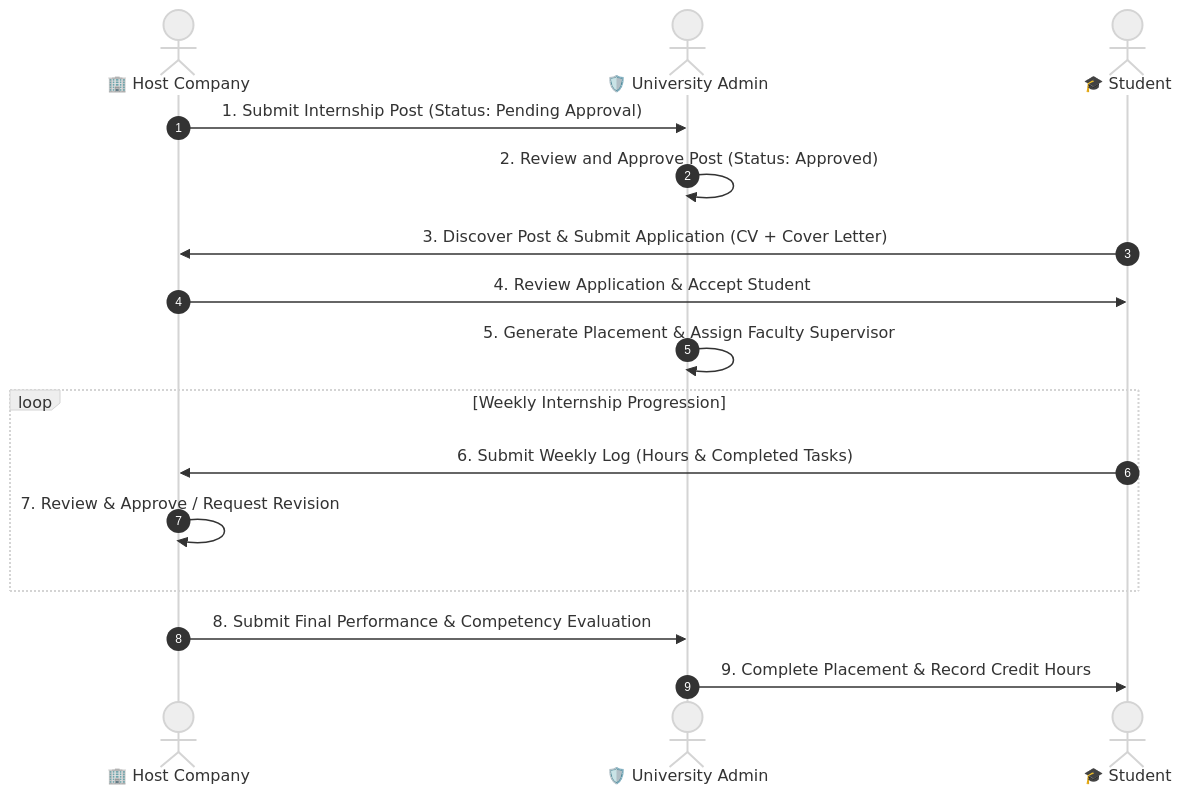
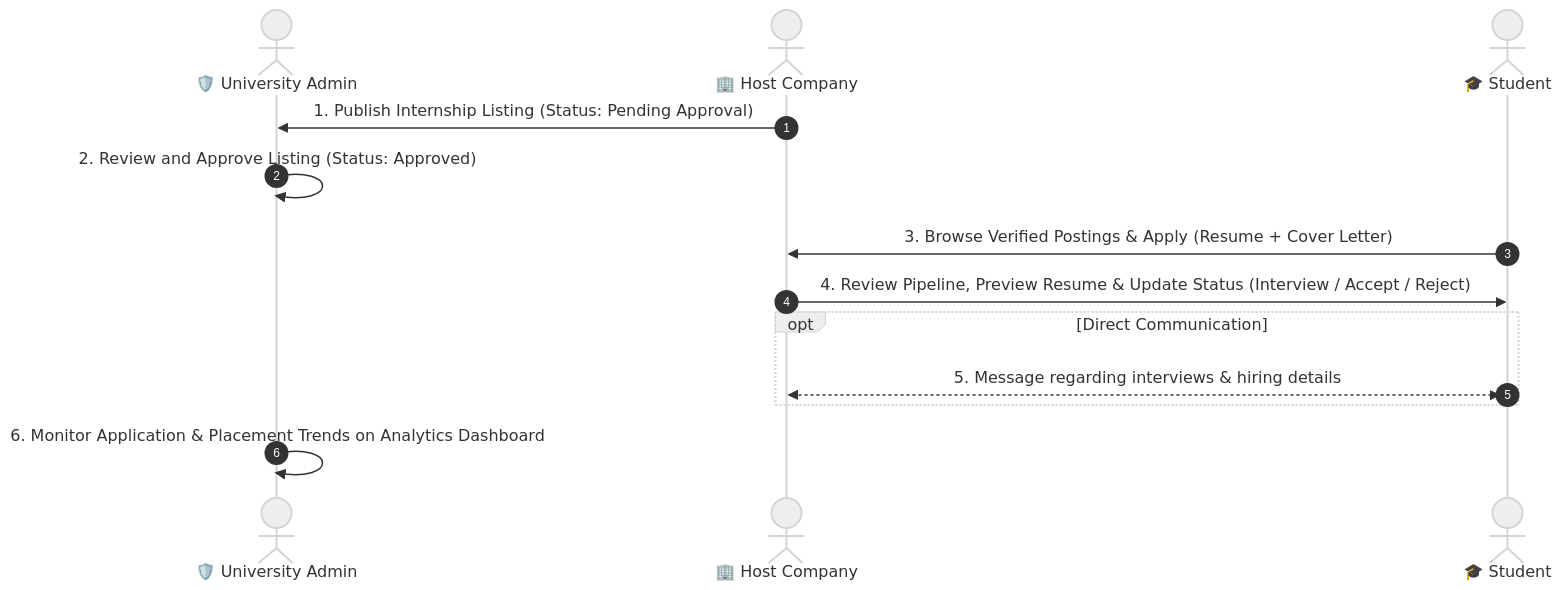
One commit to thonpheara/InternshipMS changed the second of 2 diagrams in README.md. Above: the diagram before and after it, drawn with Mermaid (neutral theme). The commit also changed other lines of this file and 51 other files, not shown here.

````diff
--- a/README.md
+++ b/README.md
@@ -109,21 +112,16 @@
 ```mermaid
 sequenceDiagram
     autonumber
+    actor Admin as 🛡️ University Admin
     actor Company as 🏢 Host Company
-    actor Admin as 🛡️ University Admin
     actor Student as 🎓 Student
 
-    Company->>Admin: 1. Submit Internship Post (Status: Pending Approval)
-    Admin->>Admin: 2. Review and Approve Post (Status: Approved)
-    Student->>Company: 3. Discover Post & Submit Application (CV + Cover Letter)
-    Company->>Student: 4. Review Application & Accept Student
-    Admin->>Admin: 5. Generate Placement & Assign Faculty Supervisor
-    
-    loop Weekly Internship Progression
-        Student->>Company: 6. Submit Weekly Log (Hours & Completed Tasks)
-        Company->>Company: 7. Review & Approve / Request Revision
+    Company->>Admin: 1. Publish Internship Listing (Status: Pending Approval)
+    Admin->>Admin: 2. Review and Approve Listing (Status: Approved)
+    Student->>Company: 3. Browse Verified Postings & Apply (Resume + Cover Letter)
+    Company->>Student: 4. Review Pipeline, Preview Resume & Update Status (Interview / Accept / Reject)
+    opt Direct Communication
+        Student<<-->>Company: 5. Message regarding interviews & hiring details
     end
-
-    Company->>Admin: 8. Submit Final Performance & Competency Evaluation
-    Admin->>Student: 9. Complete Placement & Record Credit Hours
+    Admin->>Admin: 6. Monitor Application & Placement Trends on Analytics Dashboard
 ```
````
